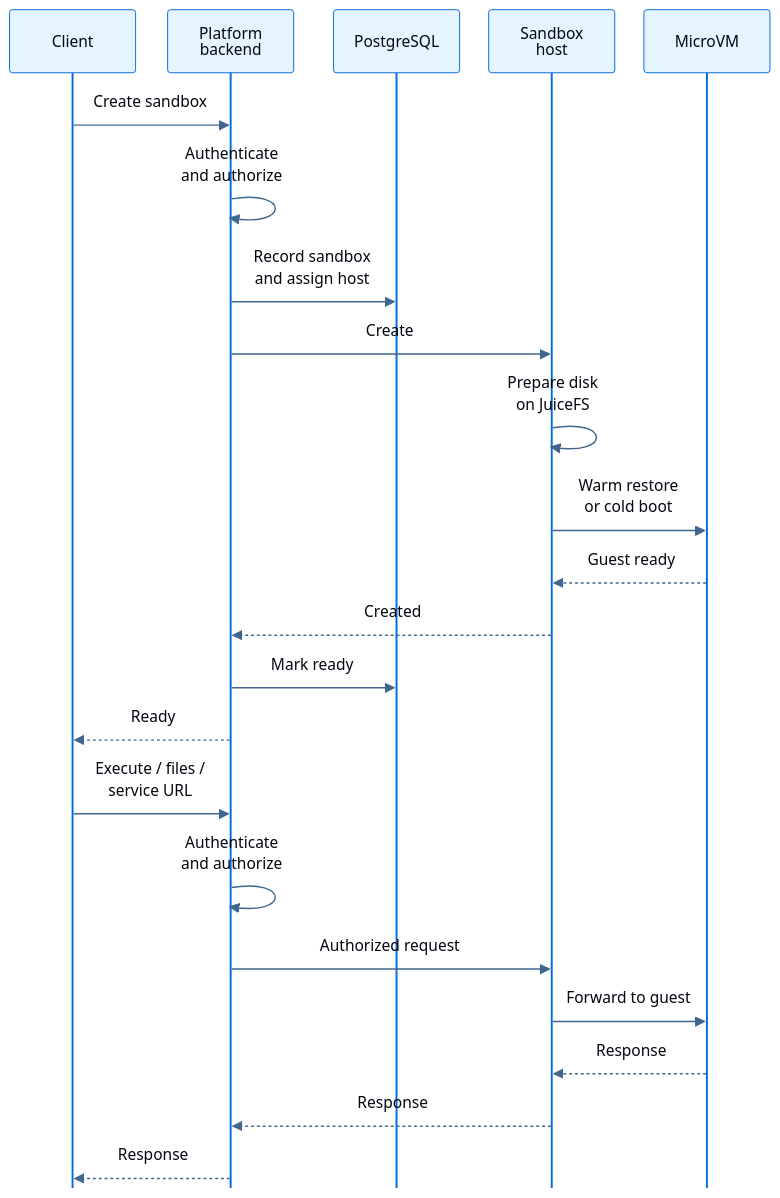
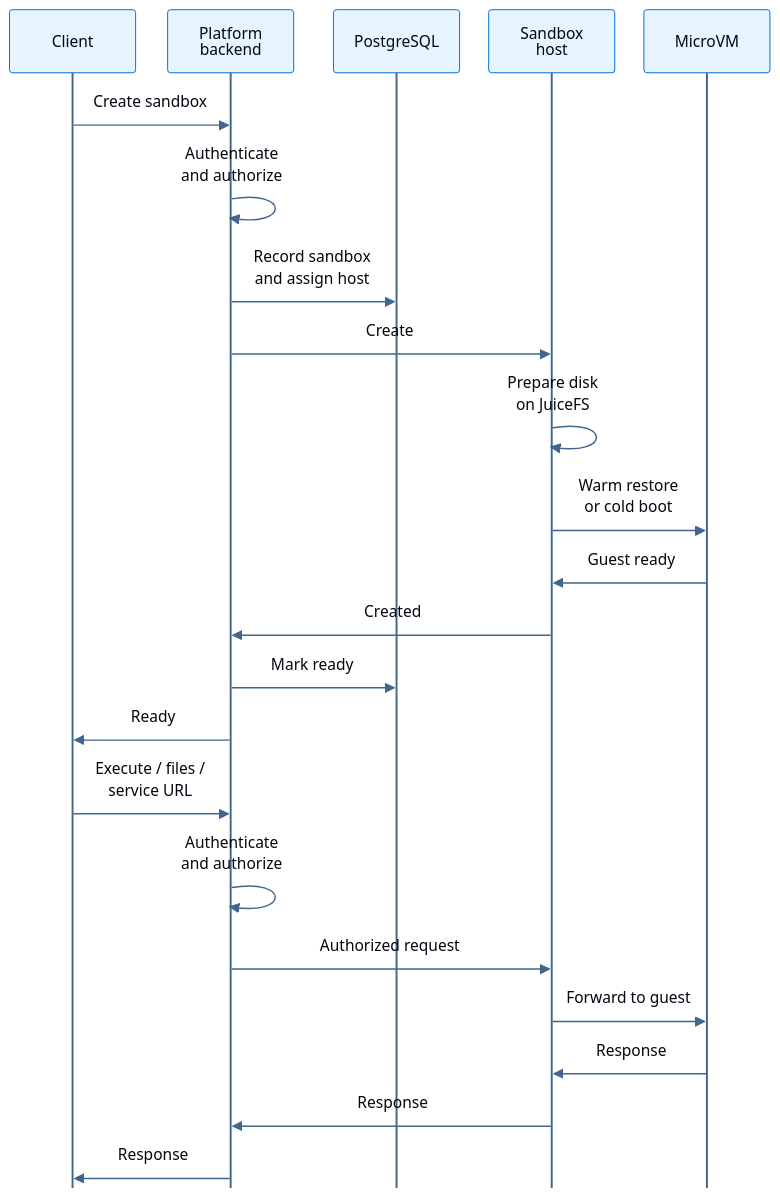
One commit to langchain-ai/docs changed the first of 2 diagrams in src/langsmith/self-host-sandbox-architecture.mdx. Above: the diagram before and after it, drawn with Mermaid. The commit also changed other lines of this file and 8 other files, not shown here.

First line of the commit message:
docs(sandboxes): restyle self-hosted diagrams to brand, add dark-mode variants

````diff
--- a/src/langsmith/self-host-sandbox-architecture.mdx
+++ b/src/langsmith/self-host-sandbox-architecture.mdx
@@ -69,28 +71,28 @@
 ```mermaid
-%%{init: {'theme': 'base', 'themeVariables': {'lineColor': '#40668D', 'primaryColor': '#E5F4FF', 'primaryTextColor': '#030710', 'primaryBorderColor': '#006DDD', 'actorBkg': '#E5F4FF', 'actorBorder': '#006DDD', 'actorTextColor': '#030710', 'signalColor': '#40668D', 'signalTextColor': '#030710'}, 'sequence': {'width': 130, 'actorMargin': 30, 'mirrorActors': false, 'wrap': true}}}%%
+%%{init: {'theme': 'base', 'themeVariables': {'fontFamily': 'TWK Lausanne, Inter', 'fontSize': '15px', 'lineColor': '#40668D', 'primaryColor': '#E5F4FF', 'primaryTextColor': '#030710', 'primaryBorderColor': '#006DDD', 'actorBkg': '#E5F4FF', 'actorBorder': '#006DDD', 'actorTextColor': '#030710', 'actorLineColor': '#40668D', 'signalColor': '#40668D', 'signalTextColor': '#030710'}, 'sequence': {'width': 130, 'actorMargin': 30, 'mirrorActors': false, 'wrap': true}}}%%
 sequenceDiagram
     accTitle: Create and use a self-hosted sandbox
     accDescr: The client calls the platform backend, which records and places the sandbox. The selected host prepares its filesystem and boots a microVM. Later requests pass through the backend and host to the guest.
     participant C as Client
     participant P as Platform<br/>backend
     participant D as PostgreSQL
     participant H as Sandbox<br/>host
     participant V as MicroVM
     C->>P: Create sandbox
     P->>P: Authenticate<br/>and authorize
     P->>D: Record sandbox<br/>and assign host
     P->>H: Create
     H->>H: Prepare disk<br/>on JuiceFS
     H->>V: Warm restore<br/>or cold boot
-    V-->>H: Guest ready
-    H-->>P: Created
+    V->>H: Guest ready
+    H->>P: Created
     P->>D: Mark ready
-    P-->>C: Ready
+    P->>C: Ready
     C->>P: Execute / files /<br/>service URL
     P->>P: Authenticate<br/>and authorize
     P->>H: Authorized request
     H->>V: Forward to guest
-    V-->>H: Response
-    H-->>P: Response
-    P-->>C: Response
+    V->>H: Response
+    H->>P: Response
+    P->>C: Response
 ```
````
